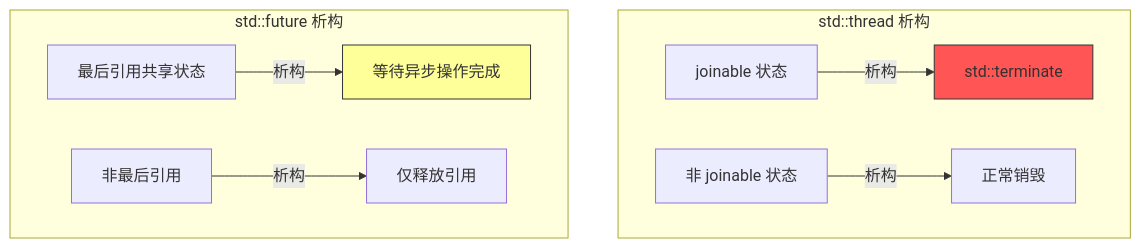
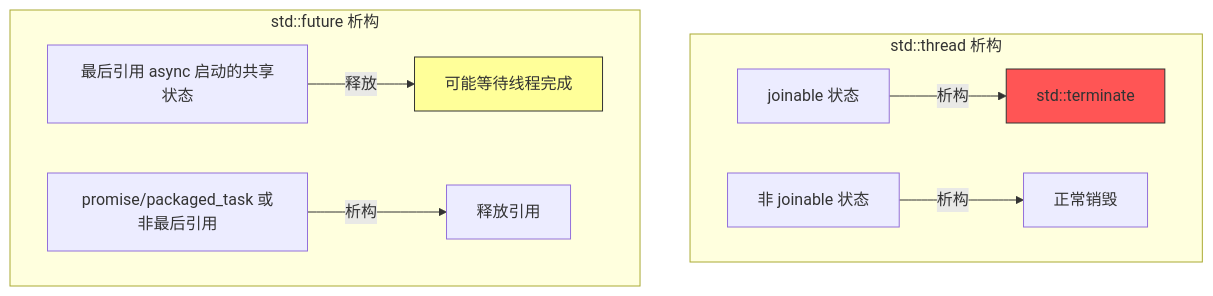
The seventh of 9 diagrams in week_05/day_31/README.md (mlbo/cpp_learning), drawn with Mermaid before and after one commit. The commit also changed other lines of this file and 675 other files, not shown here.

````diff
--- a/week_05/day_31/README.md
+++ b/week_05/day_31/README.md
@@ -251,15 +285,15 @@
 ```mermaid
 graph TD
     subgraph "std::thread 析构"
     T1[joinable 状态] -->|析构| T2[std::terminate]
     T3[非 joinable 状态] -->|析构| T4[正常销毁]
     end
     
     subgraph "std::future 析构"
-    F1[最后引用共享状态] -->|析构| F2[等待异步操作完成]
-    F3[非最后引用] -->|析构| F4[仅释放引用]
+    F1[最后引用 async 启动的共享状态] -->|释放| F2[可能等待线程完成]
+    F3[promise/packaged_task 或非最后引用] -->|析构| F4[释放引用]
     end
     
     style T2 fill:#f55,stroke:#333
     style F2 fill:#ff9,stroke:#333
 ```
````
